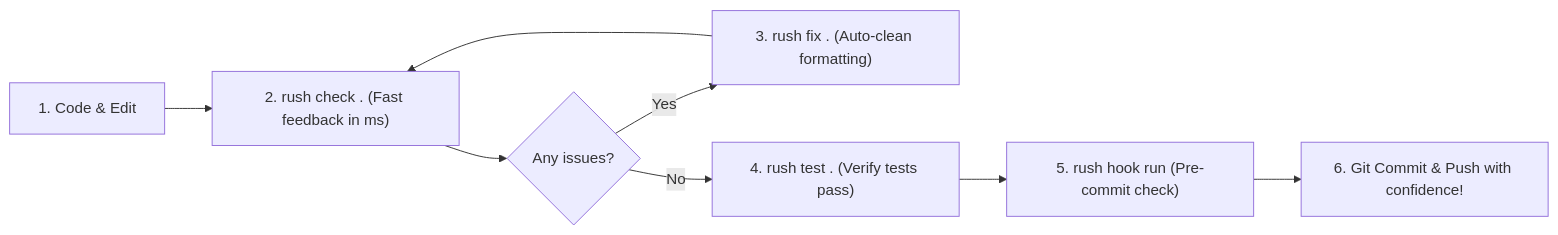
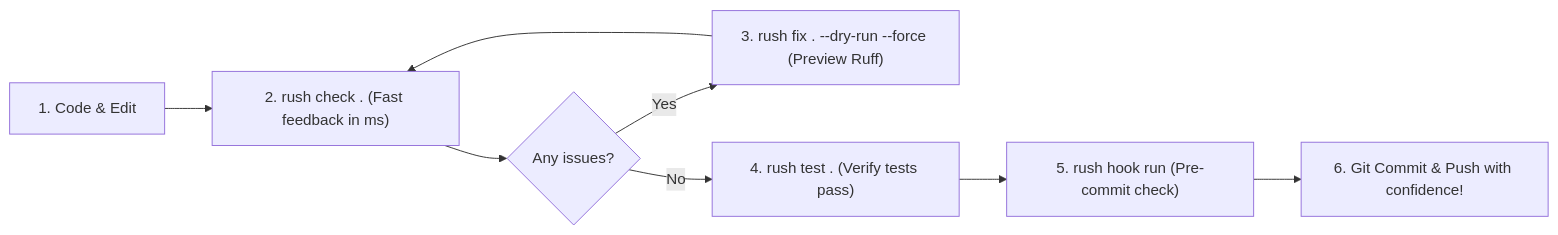
Before and after one commit to jamesdsizemore/rush-cli: the diagram in docs/USER_GUIDE.md, drawn with Mermaid. The commit also changed other lines of this file and 194 other files, not shown here.

````diff
--- a/docs/USER_GUIDE.md
+++ b/docs/USER_GUIDE.md
@@ -41,10 +41,10 @@
 ```mermaid
 flowchart LR
     A["1. Code & Edit"] --> B["2. rush check . (Fast feedback in ms)"]
     B --> C{"Any issues?"}
-    C -- Yes --> D["3. rush fix . (Auto-clean formatting)"]
+    C -- Yes --> D["3. rush fix . --dry-run --force (Preview Ruff)"]
     D --> B
     C -- No --> E["4. rush test . (Verify tests pass)"]
     E --> F["5. rush hook run (Pre-commit check)"]
     F --> G["6. Git Commit & Push with confidence!"]
 ```
````
